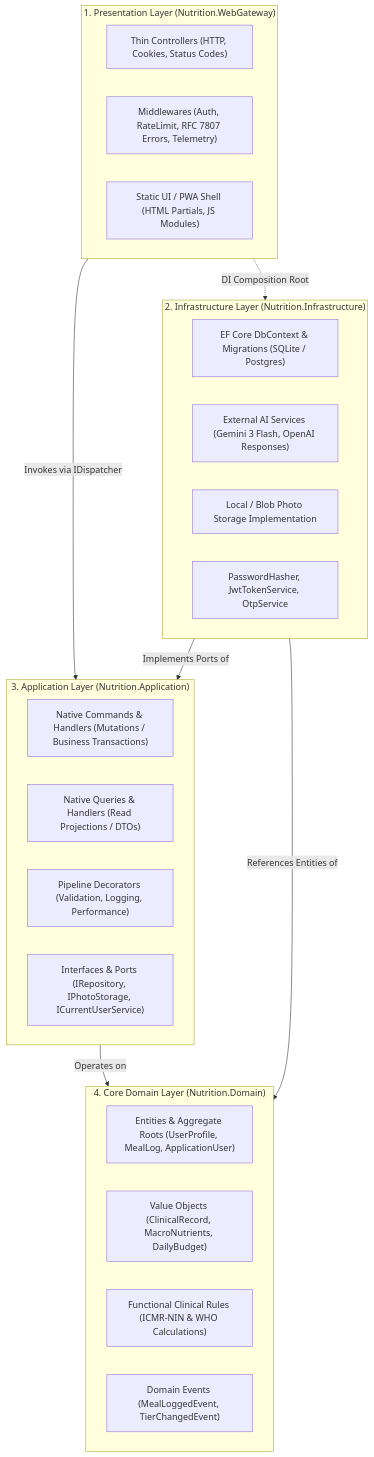
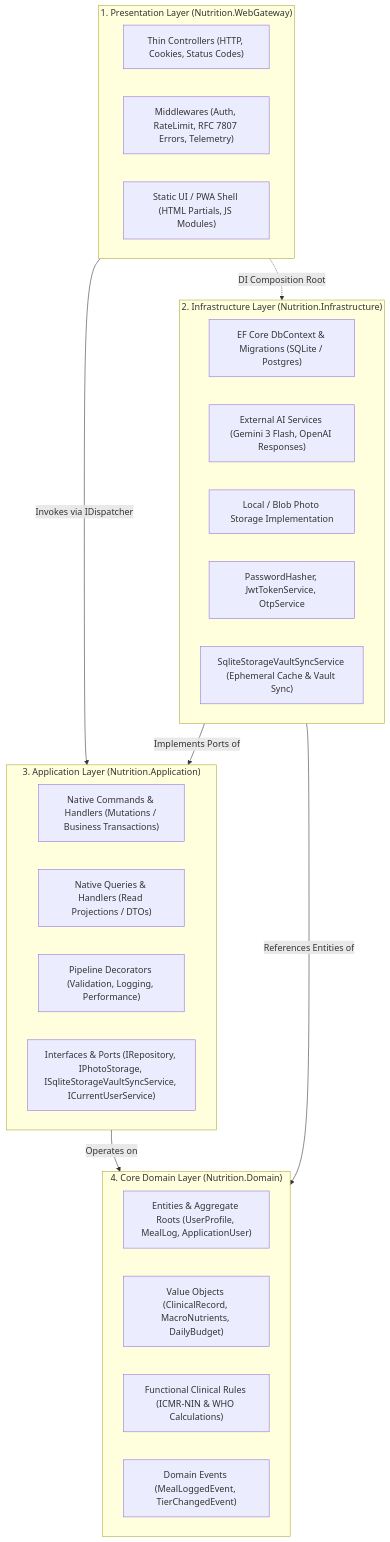
The first of 3 diagrams in .agents/skills/diet-dost-clean-architecture/SKILL.md (nikunjbanker/diet-dost), drawn with Mermaid before and after one commit. The commit also changed 15 other files, not shown here.

Commit message:
fix(persistence): implement local ephemeral active sqlite cache with azure files storage vault sync (ADR-120) (#84)

````diff
--- a/.agents/skills/diet-dost-clean-architecture/SKILL.md
+++ b/.agents/skills/diet-dost-clean-architecture/SKILL.md
@@ -64,35 +64,36 @@
 ```mermaid
 graph TD
     subgraph PRESENTATION ["1. Presentation Layer (Nutrition.WebGateway)"]
         Controllers["Thin Controllers (HTTP, Cookies, Status Codes)"]
         Middleware["Middlewares (Auth, RateLimit, RFC 7807 Errors, Telemetry)"]
         StaticFiles["Static UI / PWA Shell (HTML Partials, JS Modules)"]
     end
 
     subgraph INFRASTRUCTURE ["2. Infrastructure Layer (Nutrition.Infrastructure)"]
         EF["EF Core DbContext & Migrations (SQLite / Postgres)"]
         AI["External AI Services (Gemini 3 Flash, OpenAI Responses)"]
         Storage["Local / Blob Photo Storage Implementation"]
         AuthImpl["PasswordHasher, JwtTokenService, OtpService"]
+        SqliteSync["SqliteStorageVaultSyncService (Ephemeral Cache & Vault Sync)"]
     end
 
     subgraph APPLICATION ["3. Application Layer (Nutrition.Application)"]
         Commands["Native Commands & Handlers (Mutations / Business Transactions)"]
         Queries["Native Queries & Handlers (Read Projections / DTOs)"]
         Decorators["Pipeline Decorators (Validation, Logging, Performance)"]
-        Ports["Interfaces & Ports (IRepository, IPhotoStorage, ICurrentUserService)"]
+        Ports["Interfaces & Ports (IRepository, IPhotoStorage, ISqliteStorageVaultSyncService, ICurrentUserService)"]
     end
 
     subgraph DOMAIN ["4. Core Domain Layer (Nutrition.Domain)"]
         Entities["Entities & Aggregate Roots (UserProfile, MealLog, ApplicationUser)"]
         ValueObjects["Value Objects (ClinicalRecord, MacroNutrients, DailyBudget)"]
         ClinicalRules["Functional Clinical Rules (ICMR-NIN & WHO Calculations)"]
         DomainEvents["Domain Events (MealLoggedEvent, TierChangedEvent)"]
     end
 
     PRESENTATION -->|Invokes via IDispatcher| APPLICATION
     INFRASTRUCTURE -->|Implements Ports of| APPLICATION
     APPLICATION -->|Operates on| DOMAIN
     INFRASTRUCTURE -->|References Entities of| DOMAIN
     PRESENTATION -.->|DI Composition Root| INFRASTRUCTURE
 ```
````
